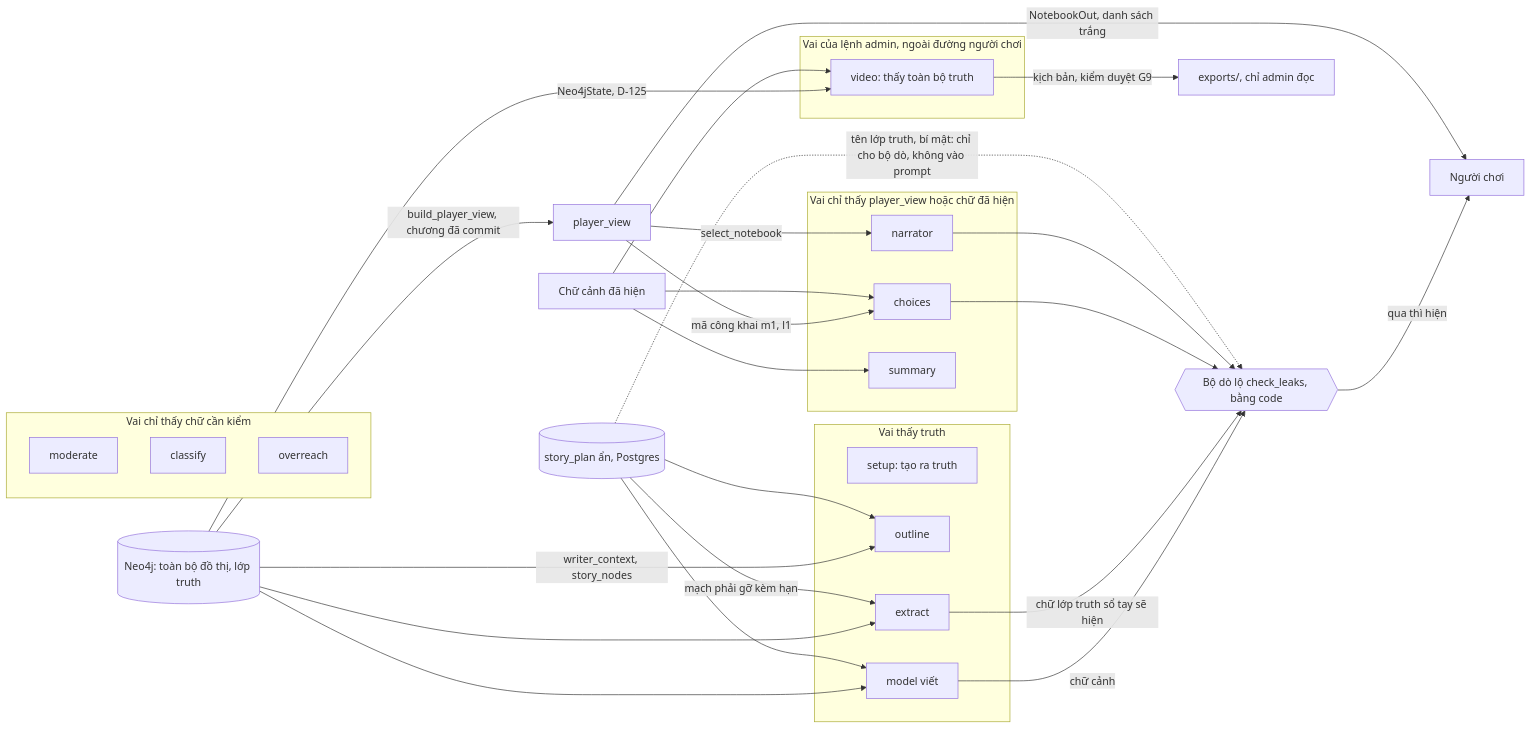
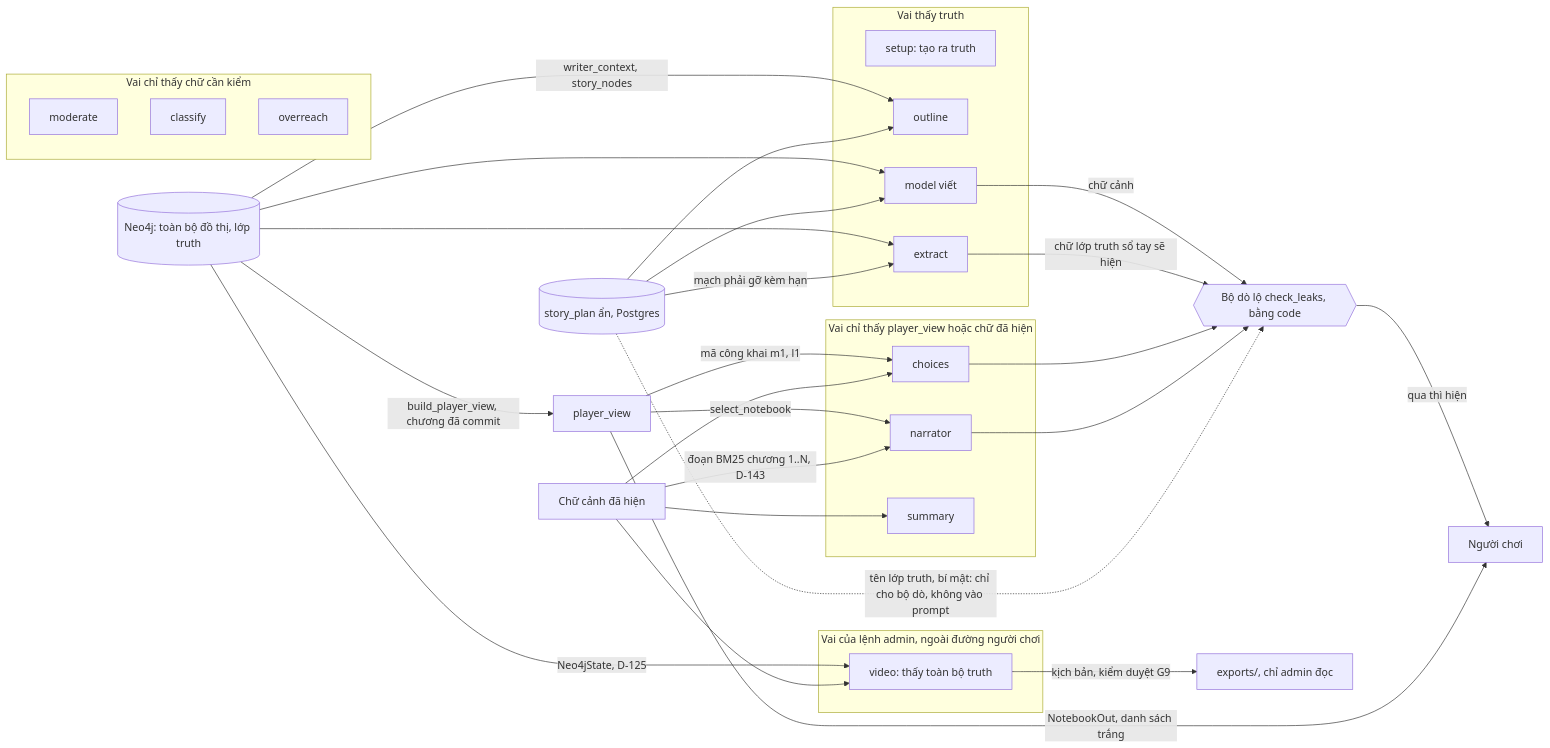
Before and after one commit to orms147/writory: the eighth of 12 diagrams in docs/architecture.md, drawn with Mermaid. The commit also changed other lines of this file and 27 other files, not shown here.

First line of the commit message:
feat(narrator): người kể đọc đoạn trên trang đã đọc, đề narrator-4 (D-143)

````diff
--- a/docs/architecture.md
+++ b/docs/architecture.md
@@ -276,46 +276,47 @@
 ```mermaid
 flowchart LR
   neo[("Neo4j: toàn bộ đồ thị, lớp truth")]
   plan[("story_plan ẩn, Postgres")]
   subgraph sees_truth["Vai thấy truth"]
     v_setup["setup: tạo ra truth"]
     v_outline["outline"]
     v_writer["model viết"]
     v_extract["extract"]
   end
   subgraph sees_view["Vai chỉ thấy player_view hoặc chữ đã hiện"]
     v_choices["choices"]
     v_narrator["narrator"]
     v_summary["summary"]
   end
   subgraph sees_text["Vai chỉ thấy chữ cần kiểm"]
     v_moderate["moderate"]
     v_classify["classify"]
     v_overreach["overreach"]
   end
   subgraph admin_only["Vai của lệnh admin, ngoài đường người chơi"]
     v_video["video: thấy toàn bộ truth"]
   end
   neo -->|writer_context, story_nodes| v_outline
   neo --> v_writer
   neo --> v_extract
   plan --> v_outline
   plan --> v_writer
   plan -->|mạch phải gỡ kèm hạn| v_extract
   neo -->|build_player_view, chương đã commit| pv["player_view"]
   pv -->|mã công khai m1, l1| v_choices
   pv -->|select_notebook| v_narrator
   page["Chữ cảnh đã hiện"] --> v_summary
   page --> v_choices
+  page -->|đoạn BM25 chương 1..N, D-143| v_narrator
   leak{{"Bộ dò lộ check_leaks, bằng code"}}
   v_writer -->|chữ cảnh| leak
   v_extract -->|chữ lớp truth sổ tay sẽ hiện| leak
   v_choices --> leak
   v_narrator --> leak
   plan -.->|tên lớp truth, bí mật: chỉ cho bộ dò, không vào prompt| leak
   leak -->|qua thì hiện| player["Người chơi"]
   pv -->|NotebookOut, danh sách trắng| player
   neo -->|Neo4jState, D-125| v_video
   page --> v_video
   v_video -->|kịch bản, kiểm duyệt G9| exports["exports/, chỉ admin đọc"]
 ```
````
